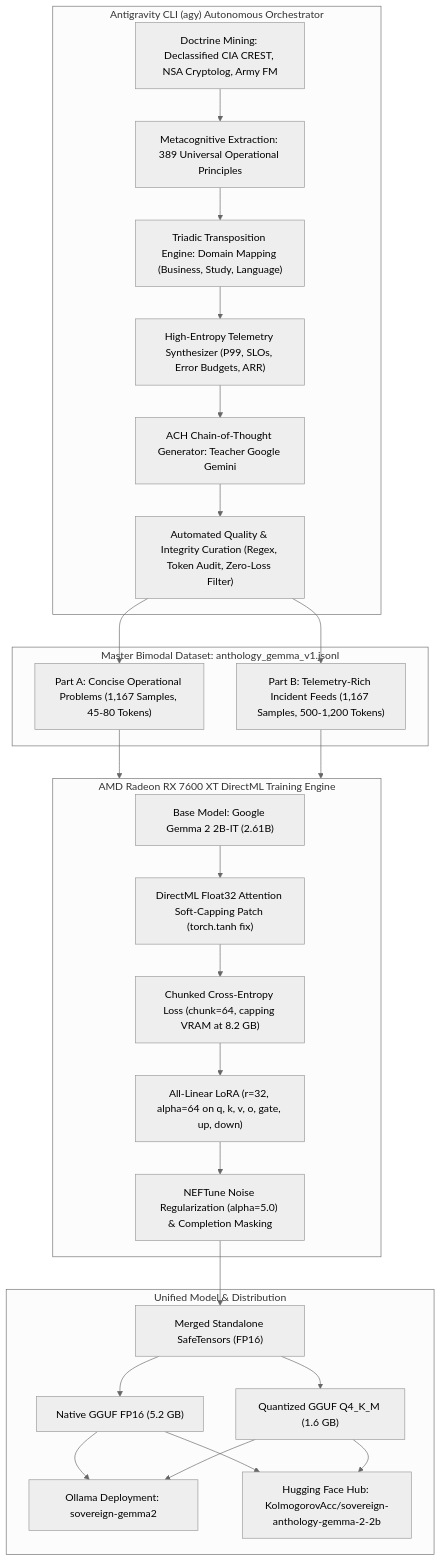
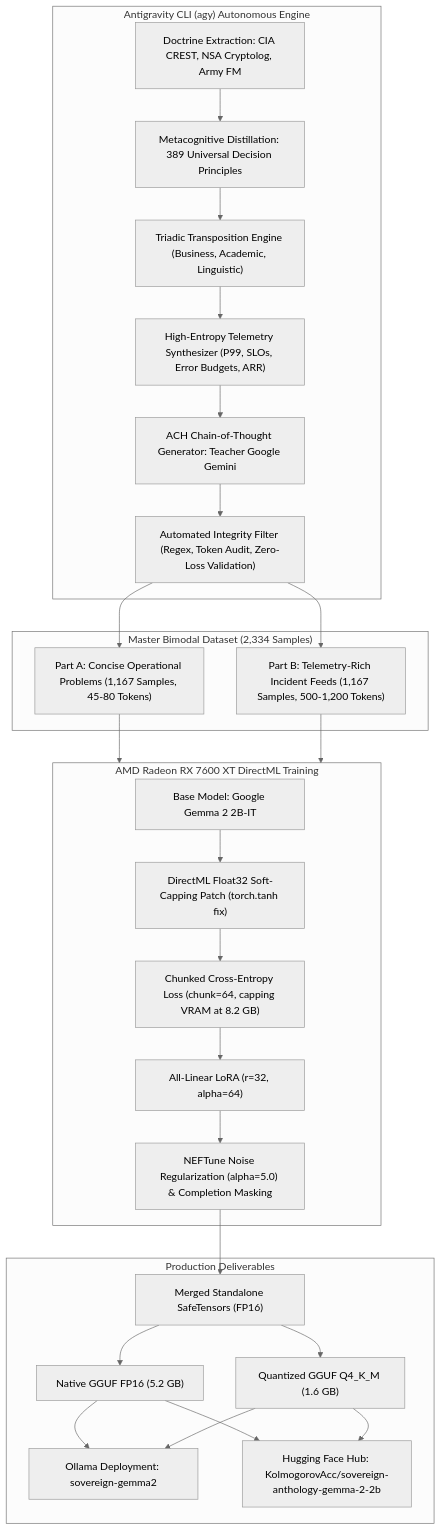
Before and after one commit to CostaJr007/sovereign-gotham: the diagram in README.md, drawn with Mermaid (neutral theme). The commit also changed other lines of this file, not shown here.

````diff
--- a/README.md
+++ b/README.md
@@ -58,39 +94,39 @@
 ```mermaid
 flowchart TD
-    subgraph Antigravity["Antigravity CLI (agy) Autonomous Orchestrator"]
-        A1["Doctrine Mining: Declassified CIA CREST, NSA Cryptolog, Army FM"]
-        A2["Metacognitive Extraction: 389 Universal Operational Principles"]
-        A3["Triadic Transposition Engine: Domain Mapping (Business, Study, Language)"]
+    subgraph Antigravity["Antigravity CLI (agy) Autonomous Engine"]
+        A1["Doctrine Extraction: CIA CREST, NSA Cryptolog, Army FM"]
+        A2["Metacognitive Distillation: 389 Universal Decision Principles"]
+        A3["Triadic Transposition Engine (Business, Academic, Linguistic)"]
         A4["High-Entropy Telemetry Synthesizer (P99, SLOs, Error Budgets, ARR)"]
         A5["ACH Chain-of-Thought Generator: Teacher Google Gemini"]
-        A6["Automated Quality & Integrity Curation (Regex, Token Audit, Zero-Loss Filter)"]
+        A6["Automated Integrity Filter (Regex, Token Audit, Zero-Loss Validation)"]
     end
 
-    subgraph Dataset["Master Bimodal Dataset: anthology_gemma_v1.jsonl"]
+    subgraph Dataset["Master Bimodal Dataset (2,334 Samples)"]
         D1["Part A: Concise Operational Problems (1,167 Samples, 45-80 Tokens)"]
         D2["Part B: Telemetry-Rich Incident Feeds (1,167 Samples, 500-1,200 Tokens)"]
     end
 
-    subgraph DirectML["AMD Radeon RX 7600 XT DirectML Training Engine"]
-        T1["Base Model: Google Gemma 2 2B-IT (2.61B)"]
-        T2["DirectML Float32 Attention Soft-Capping Patch (torch.tanh fix)"]
+    subgraph DirectML["AMD Radeon RX 7600 XT DirectML Training"]
+        T1["Base Model: Google Gemma 2 2B-IT"]
+        T2["DirectML Float32 Soft-Capping Patch (torch.tanh fix)"]
         T3["Chunked Cross-Entropy Loss (chunk=64, capping VRAM at 8.2 GB)"]
-        T4["All-Linear LoRA (r=32, alpha=64 on q, k, v, o, gate, up, down)"]
+        T4["All-Linear LoRA (r=32, alpha=64)"]
         T5["NEFTune Noise Regularization (alpha=5.0) & Completion Masking"]
     end
 
-    subgraph Deliverables["Unified Model & Distribution"]
+    subgraph Deliverables["Production Deliverables"]
         M1["Merged Standalone SafeTensors (FP16)"]
         M2["Native GGUF FP16 (5.2 GB)"]
         M3["Quantized GGUF Q4_K_M (1.6 GB)"]
         M4["Ollama Deployment: sovereign-gemma2"]
         M5["Hugging Face Hub: KolmogorovAcc/sovereign-anthology-gemma-2-2b"]
     end
 
     A1 --> A2 --> A3 --> A4 --> A5 --> A6
     A6 --> D1 & D2
     D1 & D2 --> DirectML
     T1 --> T2 --> T3 --> T4 --> T5
     T5 --> M1 --> M2 & M3
     M2 & M3 --> M4 & M5
 ```
````
